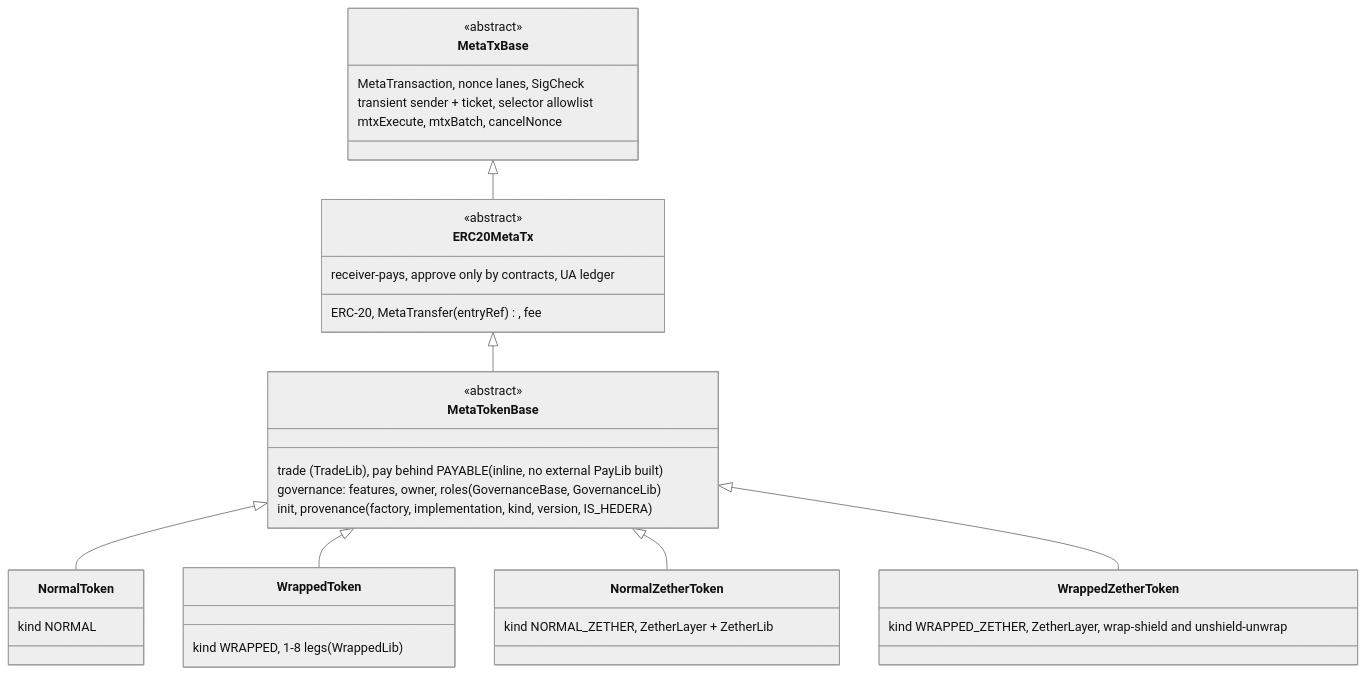
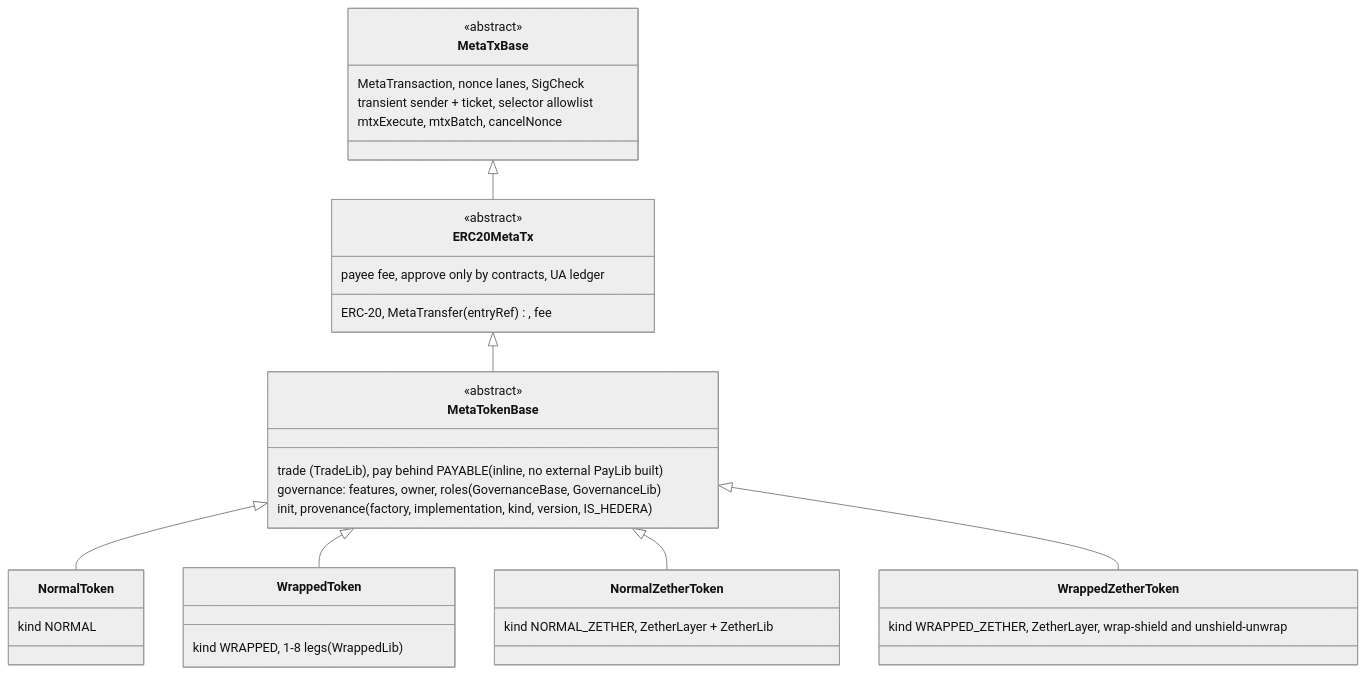
One commit to dinhduongha/scaas changed the diagram in docs/contracts/token-wrappers.md. Above: the diagram before and after it, drawn with Mermaid (neutral theme). The commit also changed other lines of this file and 129 other files, not shown here.

````diff
--- a/docs/contracts/token-wrappers.md
+++ b/docs/contracts/token-wrappers.md
@@ -33,30 +33,30 @@
 ```mermaid
 classDiagram
     MetaTxBase <|-- ERC20MetaTx
     ERC20MetaTx <|-- MetaTokenBase
     MetaTokenBase <|-- NormalToken
     MetaTokenBase <|-- WrappedToken
     MetaTokenBase <|-- NormalZetherToken
     MetaTokenBase <|-- WrappedZetherToken
     class MetaTxBase {
         <<abstract>>
         MetaTransaction, nonce lanes, SigCheck
         transient sender + ticket, selector allowlist
         mtxExecute, mtxBatch, cancelNonce
     }
     class ERC20MetaTx {
         <<abstract>>
         ERC-20, MetaTransfer (entryRef), fee
-        receiver-pays, approve only by contracts, UA ledger
+        payee fee, approve only by contracts, UA ledger
     }
     class MetaTokenBase {
         <<abstract>>
         trade (TradeLib), pay behind PAYABLE (inline, no external PayLib built)
         governance: features, owner, roles (GovernanceBase, GovernanceLib)
         init, provenance (factory, implementation, kind, version, IS_HEDERA)
     }
     class NormalToken { kind NORMAL }
     class WrappedToken { kind WRAPPED, 1-8 legs (WrappedLib) }
     class NormalZetherToken { kind NORMAL_ZETHER, ZetherLayer + ZetherLib }
     class WrappedZetherToken { kind WRAPPED_ZETHER, ZetherLayer, wrap-shield and unshield-unwrap }
 ```
````
